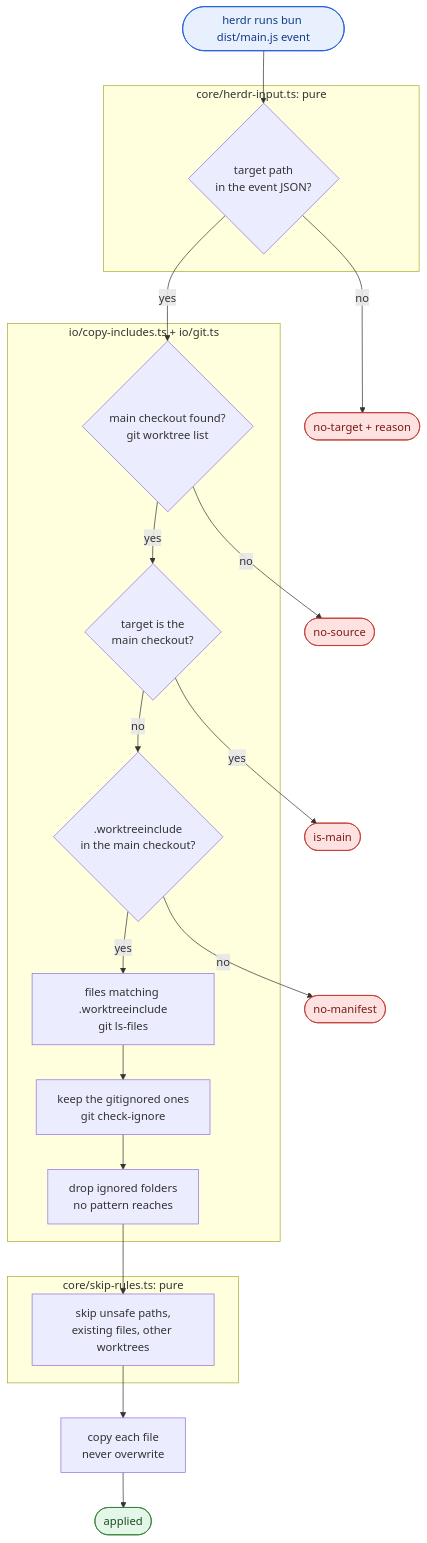
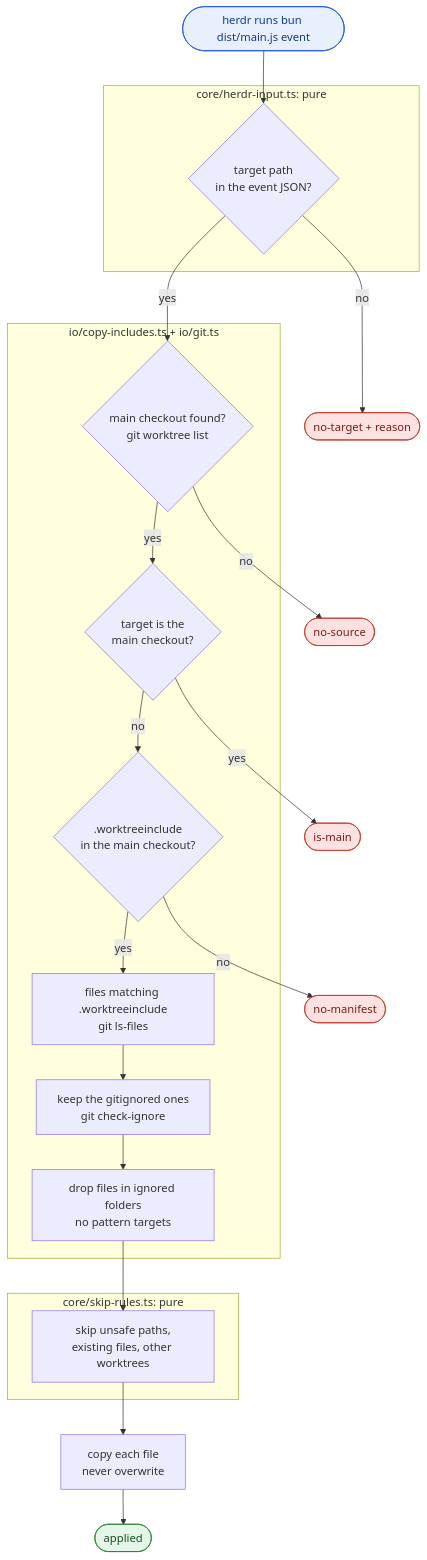
The second of 3 diagrams in CONTEXT.md (heyfirst/herdr-worktree-include), drawn with Mermaid before and after one commit. The commit also changed other lines of this file and 7 other files, not shown here.

````diff
--- a/CONTEXT.md
+++ b/CONTEXT.md
@@ -105,40 +106,40 @@
 ```mermaid
 flowchart TD
     start([herdr runs bun dist/main.js event])
 
     subgraph main["core/herdr-input.ts: pure"]
         B{target path<br/>in the event JSON?}
     end
 
     subgraph apply["io/copy-includes.ts + io/git.ts"]
         C{main checkout found?<br/>git worktree list}
         D{target is the<br/>main checkout?}
         E{.worktreeinclude<br/>in the main checkout?}
         F[files matching .worktreeinclude<br/>git ls-files]
         G[keep the gitignored ones<br/>git check-ignore]
-        H[drop ignored folders<br/>no pattern reaches]
+        H[drop files in ignored folders<br/>no pattern targets]
     end
 
     subgraph pure["core/skip-rules.ts: pure"]
         I[skip unsafe paths,<br/>existing files, other worktrees]
     end
 
     J[copy each file<br/>never overwrite]
 
     start --> B
     B -- no --> X1([no-target + reason])
     B -- yes --> C
     C -- no --> X2([no-source])
     C -- yes --> D
     D -- yes --> X3([is-main])
     D -- no --> E
     E -- no --> X4([no-manifest])
     E -- yes --> F --> G --> H --> I --> J --> OK([applied])
 
     classDef stop fill:#fde2e1,stroke:#c0392b,color:#7a1c14
     classDef done fill:#e3f6e8,stroke:#2e7d32,color:#1b4d20
     classDef entry fill:#e8f0fe,stroke:#1a56db,color:#123a8a
     class X1,X2,X3,X4 stop
     class OK done
     class start entry
 ```
````
